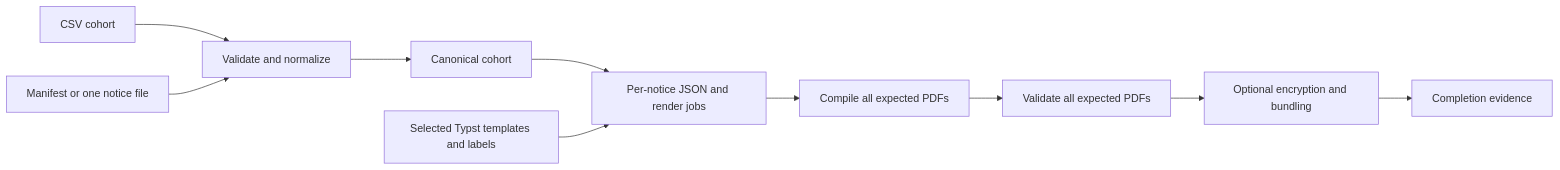
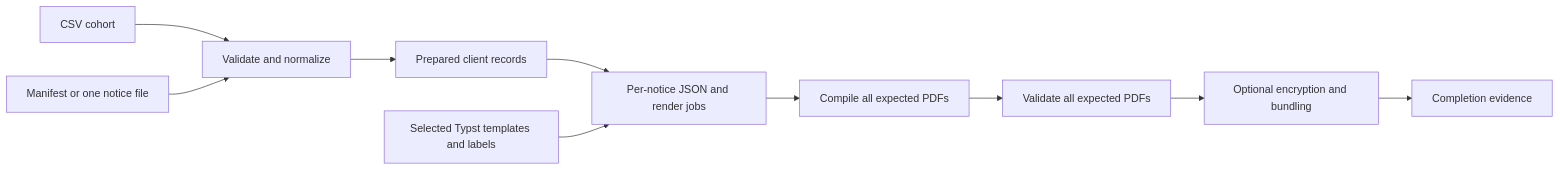
The diagram in docs/reference/architecture.md (WDGPH/ImmuKnow), drawn with Mermaid before and after one commit. The commit also changed other lines of this file and 30 other files, not shown here.

````diff
--- a/docs/reference/architecture.md
+++ b/docs/reference/architecture.md
@@ -17,12 +17,12 @@
 ```mermaid
 flowchart LR
     A[CSV cohort] --> B[Validate and normalize]
     M[Manifest or one notice file] --> B
-    B --> C[Canonical cohort]
+    B --> C[Prepared client records]
     C --> D[Per-notice JSON and render jobs]
     T[Selected Typst templates and labels] --> D
     D --> E[Compile all expected PDFs]
     E --> F[Validate all expected PDFs]
     F --> G[Optional encryption and bundling]
     G --> H[Completion evidence]
 ```
````
